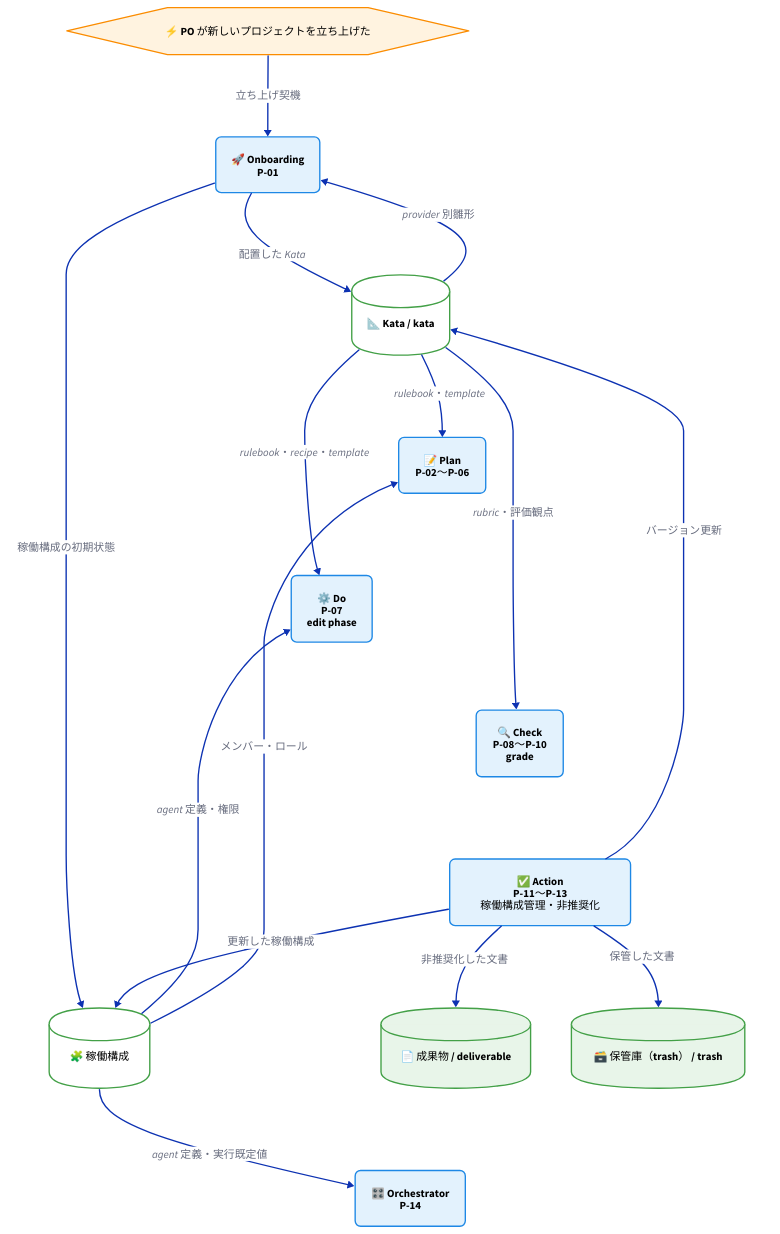
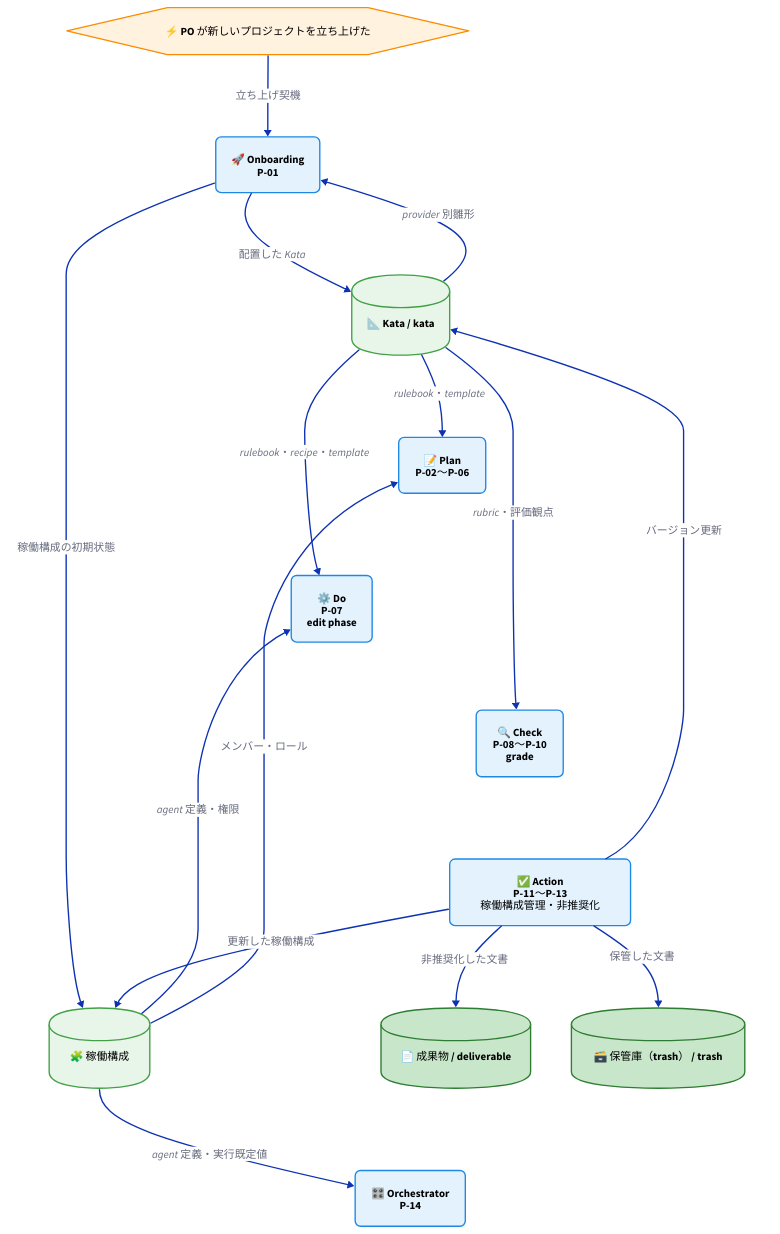
One commit to specdojo/specdojo changed the fourth of 5 diagrams in docs/ja/product/010-business-specs/010-data-flow/cdfd-overview.md. Above: the diagram before and after it, drawn with D2. The commit also changed other lines of this file, not shown here.

```diff
--- a/docs/ja/product/010-business-specs/010-data-flow/cdfd-overview.md
+++ b/docs/ja/product/010-business-specs/010-data-flow/cdfd-overview.md
@@ -513,7 +513,7 @@
   store_master: {
     shape: cylinder
     style: {
-      fill: "#ffffff"
+      fill: "#e8f5e9"
       stroke: "#43a047"
       font-color: "#000000"
     }
@@ -521,8 +521,8 @@
   store_transaction: {
     shape: cylinder
     style: {
-      fill: "#e8f5e9"
-      stroke: "#43a047"
+      fill: "#c8e6c9"
+      stroke: "#2e7d32"
       font-color: "#000000"
     }
   }
```
